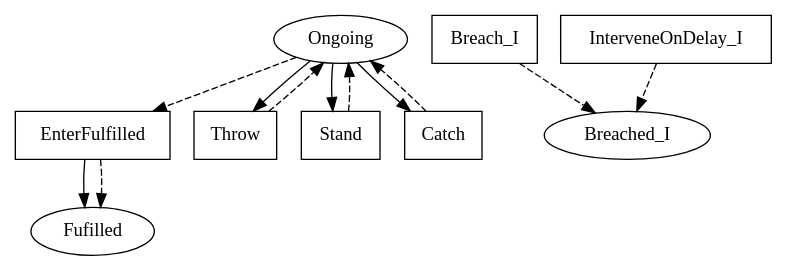
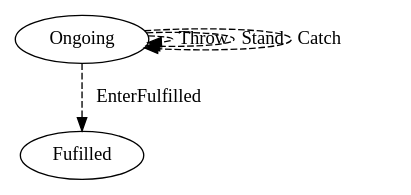
One commit to Marcao02/complaw-deeptech changed the diagram in linear_state_machine_language/pyL4/examples/out_graphviz/toy_and_teaching/minimal_future-actions.dot. Above: the diagram before and after it, drawn with Graphviz. The commit also changed 46 other files, not shown here.

Commit message:
better flowcharts, full goodenough/flood example

```diff
--- a/linear_state_machine_language/pyL4/examples/out_graphviz/toy_and_teaching/minimal_future-actions.dot
+++ b/linear_state_machine_language/pyL4/examples/out_graphviz/toy_and_teaching/minimal_future-actions.dot
@@ -1,32 +1,20 @@
 // THIS IS A GENERATED FILE. DO NOT EDIT.
 
 digraph test_contract_for_must_later {    
     Fulfilled[label=Fufilled];
-    Ongoing[label=Ongoing];
-	Breached_I[label=Breached_I]
+    Ongoing[label=Ongoing]
+        
     
-    EnterFulfilled[label=EnterFufilled,shape=box]; 
-    Throw[label=Throw,shape=box];
-	Stand[label=Stand,shape=box];
-	Catch[label=Catch,shape=box];
-	EnterFulfilled[label=EnterFulfilled,shape=box];
-	Breach_I[label=Breach_I,shape=box];
-	InterveneOnDelay_I[label=InterveneOnDelay_I,shape=box]    
+         
     
-    EnterFulfilled -> Fulfilled;
     
-    Ongoing -> Throw;
-	Ongoing -> Stand;
-	Ongoing -> EnterFulfilled [style=dashed];
-	Ongoing -> Catch
     
-    Throw -> Ongoing [style=dashed];
-	Stand -> Ongoing [style=dashed];
-	Catch -> Ongoing [style=dashed];
-	EnterFulfilled -> Fulfilled [style=dashed];
-	Breach_I -> Breached_I [style=dashed];
-	InterveneOnDelay_I -> Breached_I [style=dashed];
+    
+    Ongoing -> Fulfilled [style=dashed,label=EnterFulfilled];
 	     
     
-       
+    Ongoing -> Ongoing [style=dashed,label=Throw];
+	Ongoing -> Ongoing [style=dashed,label=Stand];
+	Ongoing -> Ongoing [style=dashed,label=Catch];
+	   
 }
```
